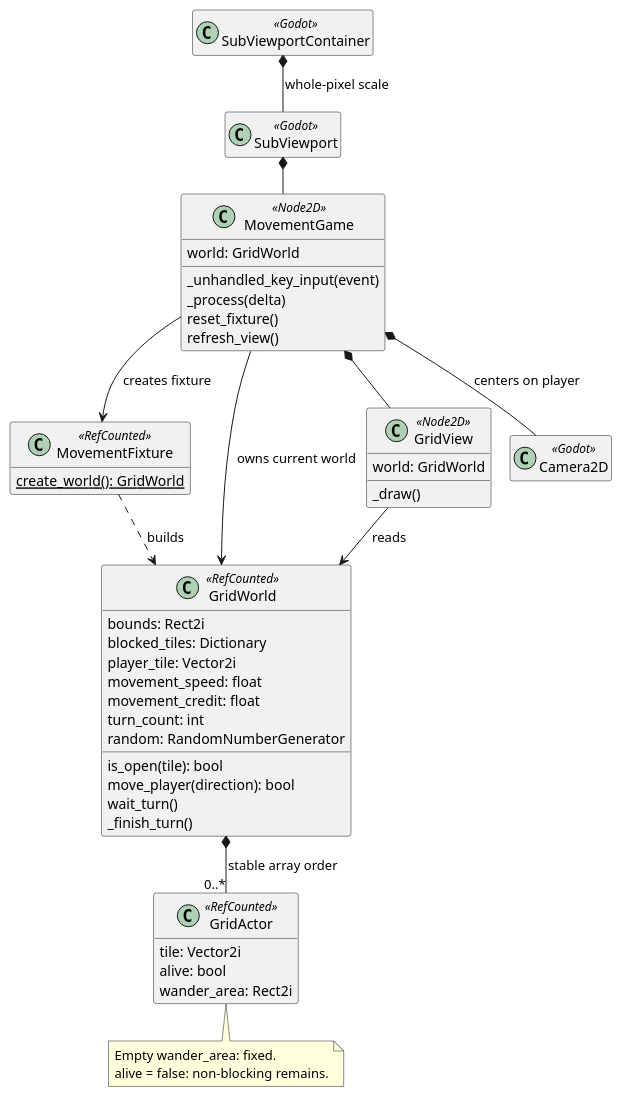
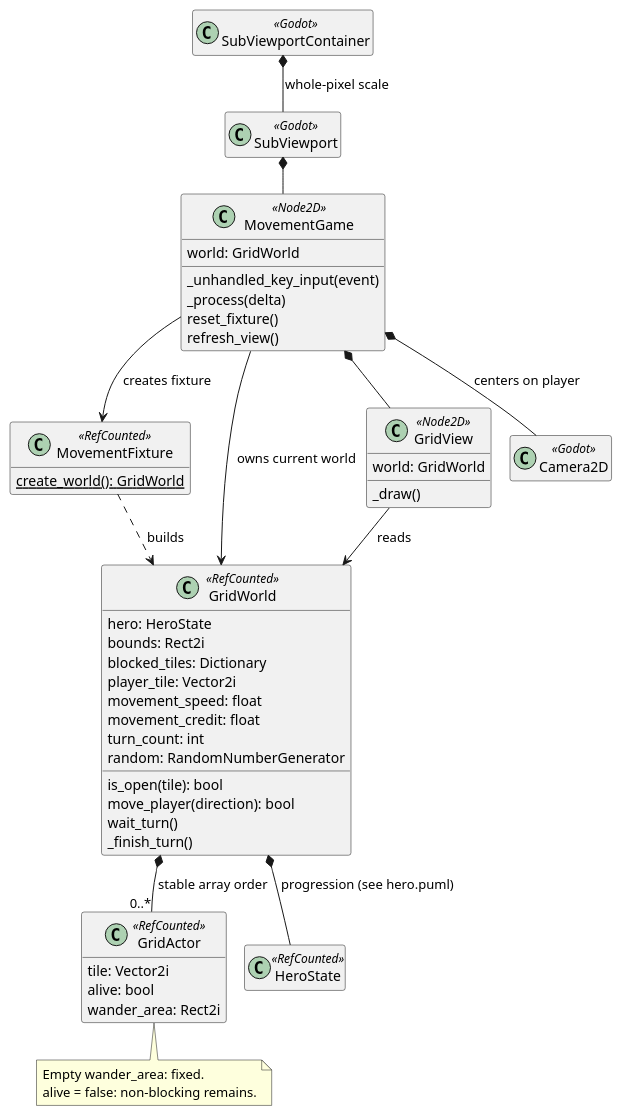
One commit to VHonzik/Ostinato changed the diagram in docs/architecture/classes/movement.puml. Above: the diagram before and after it, drawn with PlantUML. The commit also changed 23 other files, not shown here.

Commit message:
Implement milestone 2 hero progression and development skills

```diff
--- a/docs/architecture/classes/movement.puml
+++ b/docs/architecture/classes/movement.puml
@@ -1,57 +1,60 @@
 @startuml
 !pragma layout smetana
 skinparam shadowing false
 skinparam classAttributeIconSize 0
 hide empty members
 
 class MovementGame <<Node2D>> {
   world: GridWorld
   _unhandled_key_input(event)
   _process(delta)
   reset_fixture()
   refresh_view()
 }
 class MovementFixture <<RefCounted>> {
   {static} create_world(): GridWorld
 }
 class GridWorld <<RefCounted>> {
+  hero: HeroState
   bounds: Rect2i
   blocked_tiles: Dictionary
   player_tile: Vector2i
   movement_speed: float
   movement_credit: float
   turn_count: int
   random: RandomNumberGenerator
   is_open(tile): bool
   move_player(direction): bool
   wait_turn()
   _finish_turn()
 }
 class GridActor <<RefCounted>> {
   tile: Vector2i
   alive: bool
   wander_area: Rect2i
 }
 class GridView <<Node2D>> {
   world: GridWorld
   _draw()
 }
+class HeroState <<RefCounted>>
 class Camera2D <<Godot>>
 class SubViewportContainer <<Godot>>
 class SubViewport <<Godot>>
 
 SubViewportContainer *-- SubViewport : whole-pixel scale
 SubViewport *-- MovementGame
 MovementGame --> MovementFixture : creates fixture
 MovementFixture ..> GridWorld : builds
 MovementGame *-- GridView
 MovementGame *-- Camera2D : centers on player
 MovementGame --> GridWorld : owns current world
 GridView --> GridWorld : reads
+GridWorld *-- HeroState : progression (see hero.puml)
 GridWorld *-- "0..*" GridActor : stable array order
 
 note bottom of GridActor
 Empty wander_area: fixed.
 alive = false: non-blocking remains.
 end note
 @enduml
```
